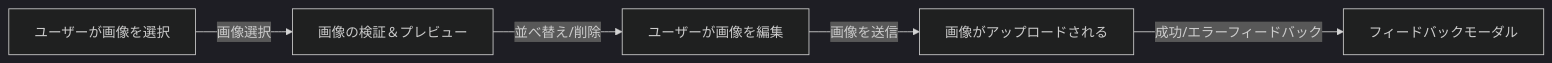
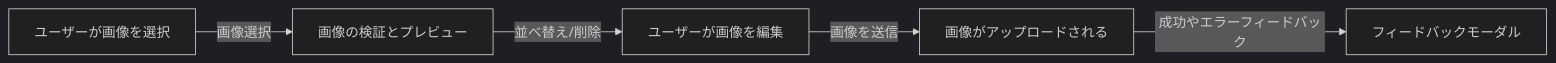
Before and after one commit to shafiulshaon/vue3_image_upload_order: the third of 3 diagrams in system_diagram_jp.md, drawn with Mermaid (dark theme). The commit also changed other lines of this file, not shown here.

Commit message:
Update system_diagram_jp.md
fixed graph error

````diff
--- a/system_diagram_jp.md
+++ b/system_diagram_jp.md
@@ -48,7 +47,7 @@
 ```mermaid
 graph LR
-    A[ユーザーが画像を選択] -->|画像選択| B[画像の検証＆プレビュー]
+    A[ユーザーが画像を選択] -->|画像選択| B[画像の検証とプレビュー]
     B -->|並べ替え/削除| C[ユーザーが画像を編集]
     C -->|画像を送信| D[画像がアップロードされる]
-    D -->|成功/エラーフィードバック| E[フィードバックモーダル]
+    D -->|成功やエラーフィードバック| E[フィードバックモーダル]
 ```
````
